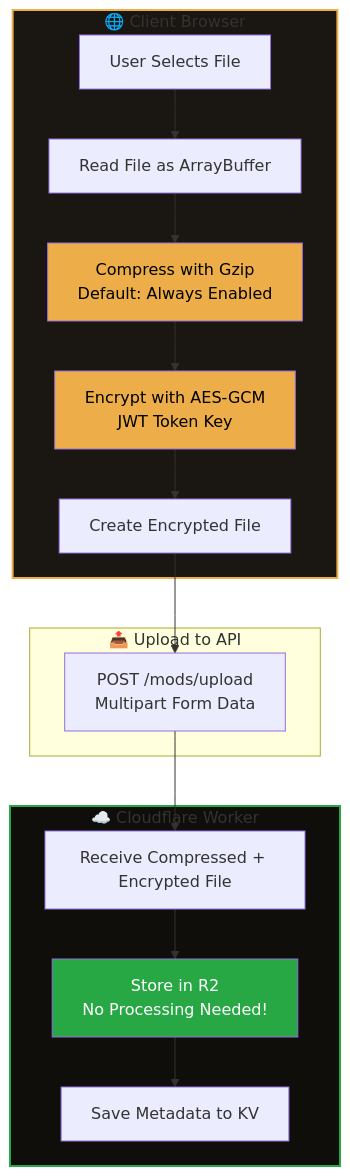
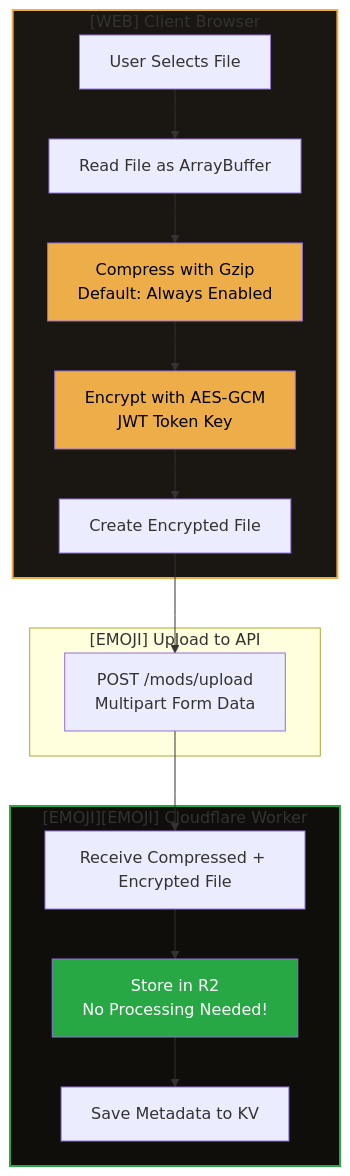
One commit to Underwood-Inc/strixun-stream-suite changed the first of 2 diagrams in serverless/mods-api/README.md. Above: the diagram before and after it, drawn with Mermaid. The commit also changed other lines of this file and 488 other files, not shown here.

````diff
--- a/serverless/mods-api/README.md
+++ b/serverless/mods-api/README.md
@@ -22,25 +22,25 @@
 ```mermaid
 flowchart TB
-    subgraph Client["🌐 Client Browser"]
+    subgraph Client["[WEB] Client Browser"]
         A[User Selects File] --> B[Read File as ArrayBuffer]
         B --> C[Compress with Gzip<br/>Default: Always Enabled]
         C --> D[Encrypt with AES-GCM<br/>JWT Token Key]
         D --> E[Create Encrypted File]
     end
     
-    subgraph Upload["📤 Upload to API"]
+    subgraph Upload["[EMOJI] Upload to API"]
         E --> F[POST /mods/upload<br/>Multipart Form Data]
     end
     
-    subgraph Server["☁️ Cloudflare Worker"]
+    subgraph Server["[EMOJI][EMOJI] Cloudflare Worker"]
         F --> G[Receive Compressed + Encrypted File]
         G --> H[Store in R2<br/>No Processing Needed!]
         H --> I[Save Metadata to KV]
     end
     
     style Client fill:#1a1611,stroke:#edae49,stroke-width:2px
     style C fill:#edae49,color:#000
     style D fill:#edae49,color:#000
     style Server fill:#0f0e0b,stroke:#28a745,stroke-width:2px
     style H fill:#28a745,color:#fff
 ```
````
